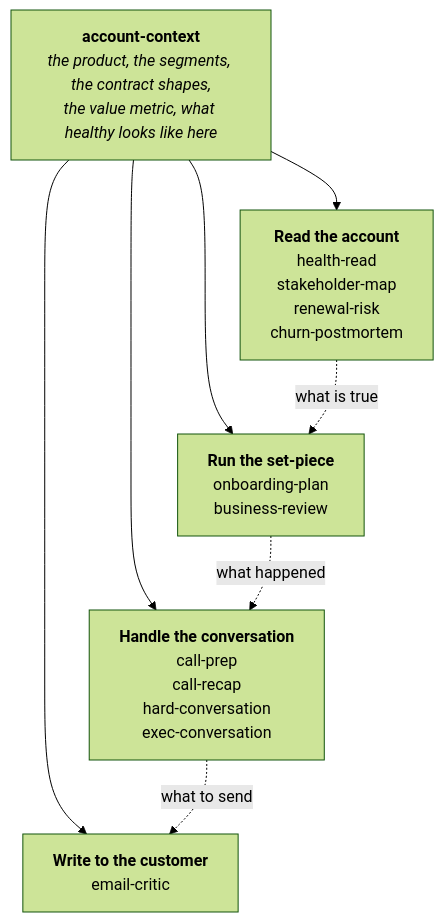
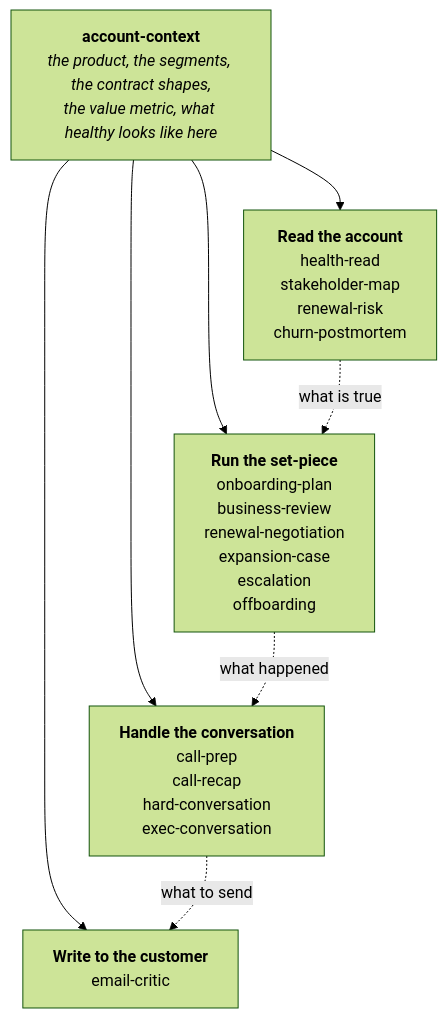
Before and after one commit to CSPulse/Skills: the diagram in README.md, drawn with Mermaid (forest theme). The commit also changed other lines of this file and 13 other files, not shown here.

First line of the commit message:
Add renewal-negotiation, expansion-case, escalation and offboarding

````diff
--- a/README.md
+++ b/README.md
@@ -31,13 +31,13 @@
 ```mermaid
 flowchart TB
     AC["<b>account-context</b><br/><i>the product, the segments, the contract shapes,<br/>the value metric, what healthy looks like here</i>"]
 
     AC --> R["<b>Read the account</b><br/>health-read<br/>stakeholder-map<br/>renewal-risk<br/>churn-postmortem"]
-    AC --> S["<b>Run the set-piece</b><br/>onboarding-plan<br/>business-review"]
+    AC --> S["<b>Run the set-piece</b><br/>onboarding-plan<br/>business-review<br/>renewal-negotiation<br/>expansion-case<br/>escalation<br/>offboarding"]
     AC --> C["<b>Handle the conversation</b><br/>call-prep<br/>call-recap<br/>hard-conversation<br/>exec-conversation"]
     AC --> W["<b>Write to the customer</b><br/>email-critic"]
 
     R -.->|"what is true"| S
     S -.->|"what happened"| C
     C -.->|"what to send"| W
 ```
````
